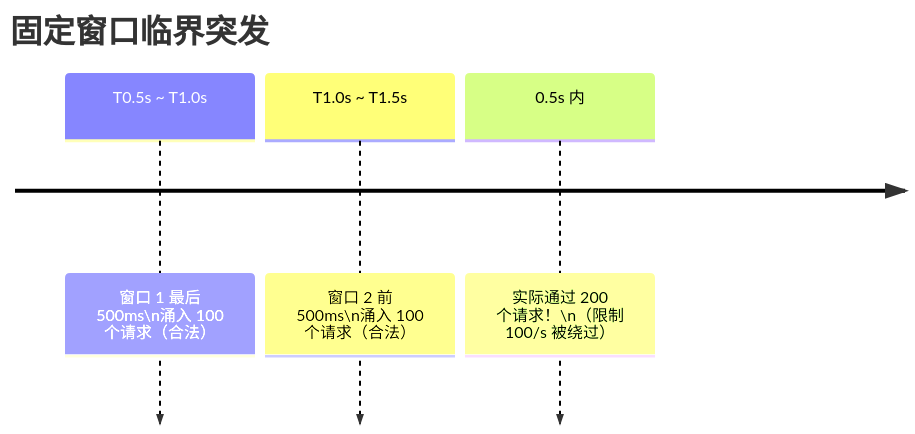
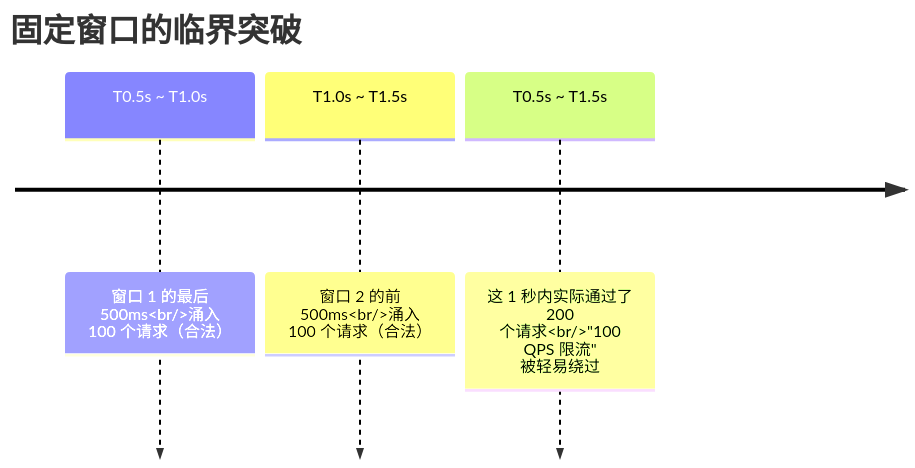
One commit to guozy502/my-tech-blog changed the first of 4 diagrams in content/posts/分布式/限流算法全解——计数器、滑动窗口、漏桶、令牌桶.md. Above: the diagram before and after it, drawn with Mermaid. The commit also changed other lines of this file and 52 other files, not shown here.

````diff
--- a/content/posts/分布式/限流算法全解——计数器、滑动窗口、漏桶、令牌桶.md
+++ b/content/posts/分布式/限流算法全解——计数器、滑动窗口、漏桶、令牌桶.md
@@ -43,7 +45,7 @@
 ```mermaid
 timeline
-    title 固定窗口临界突发
-    T0.5s ~ T1.0s : 窗口 1 最后 500ms\n涌入 100 个请求（合法）
-    T1.0s ~ T1.5s : 窗口 2 前 500ms\n涌入 100 个请求（合法）
-    0.5s 内 : 实际通过 200 个请求！\n（限制 100/s 被绕过）
+    title 固定窗口的临界突破
+    T0.5s ~ T1.0s : 窗口 1 的最后 500ms<br/>涌入 100 个请求（合法）
+    T1.0s ~ T1.5s : 窗口 2 的前 500ms<br/>涌入 100 个请求（合法）
+    T0.5s ~ T1.5s : 这 1 秒内实际通过了 200 个请求<br/>"100 QPS 限流" 被轻易绕过
 ```
````
